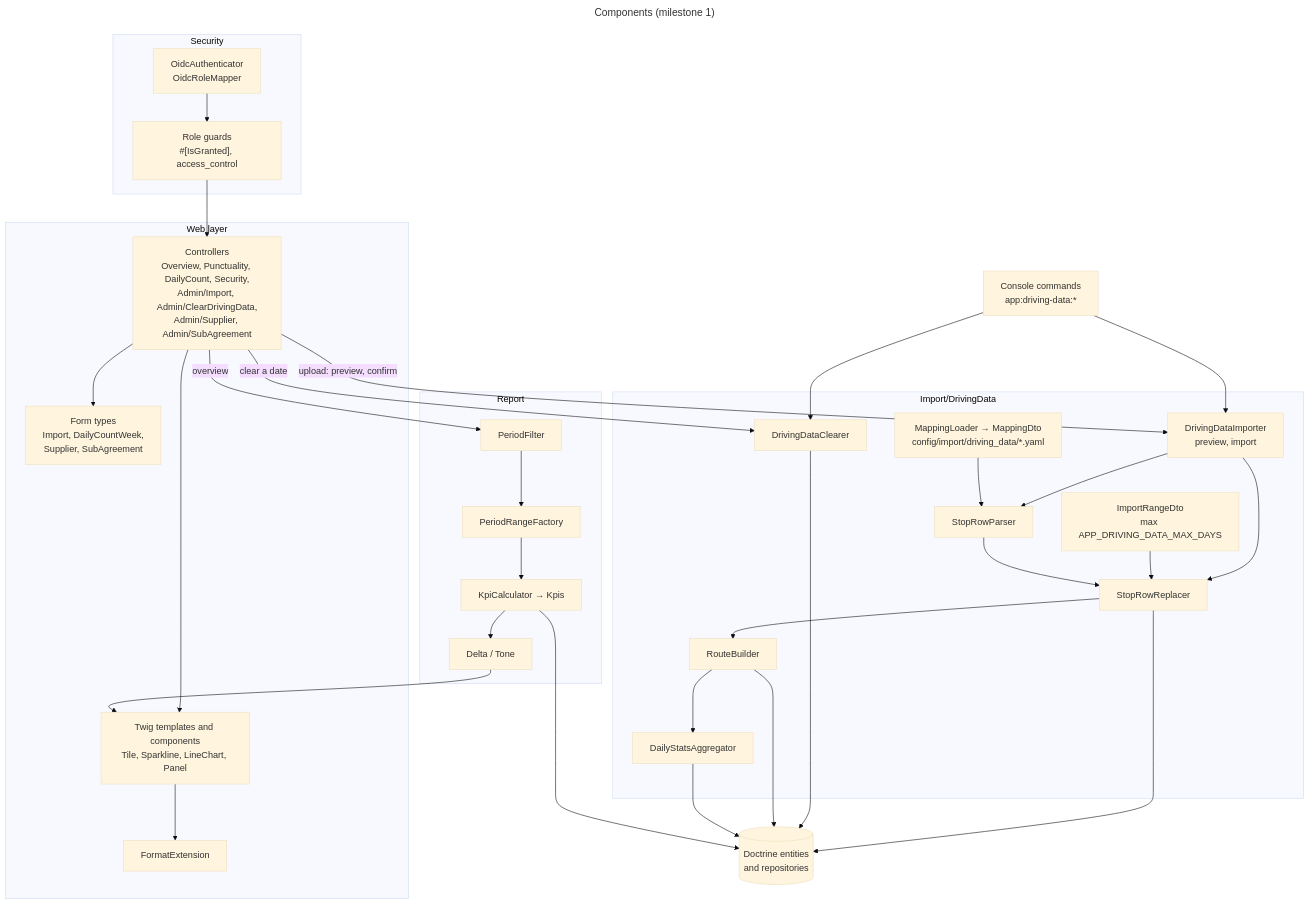
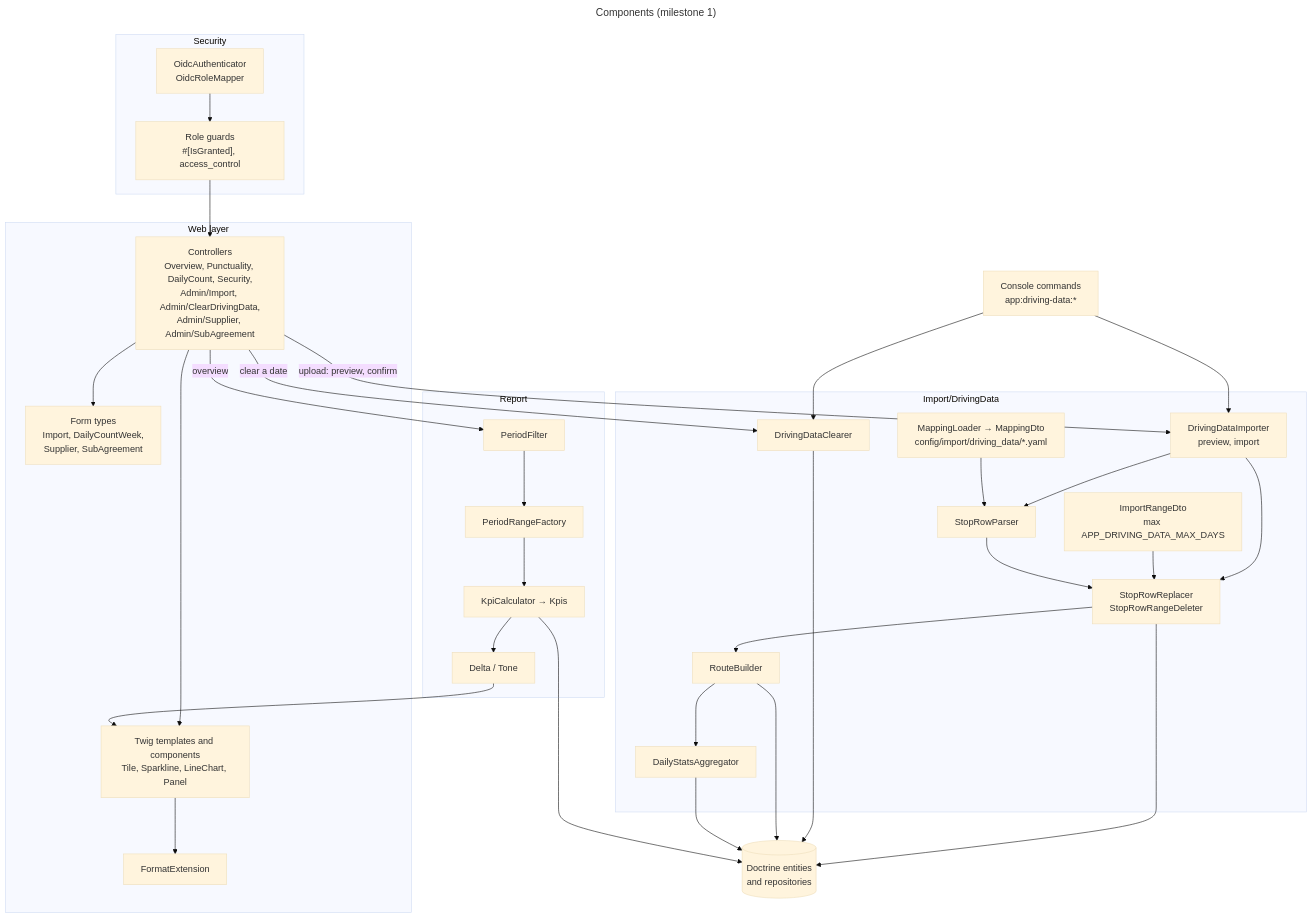
Before and after one commit to itk-dev/koerselsoverblik: the third of 7 diagrams in docs/architecture.md, drawn with Mermaid (base theme). The commit also changed other lines of this file and 19 other files, not shown here.

````diff
--- a/docs/architecture.md
+++ b/docs/architecture.md
@@ -140,62 +140,62 @@
 ```mermaid
 ---
 title: Components (milestone 1)
 ---
 flowchart TB
     subgraph web["Web layer"]
         controllers["Controllers<br/>Overview, Punctuality, DailyCount, Security,<br/>Admin/Import, Admin/ClearDrivingData,<br/>Admin/Supplier, Admin/SubAgreement"]
         forms["Form types<br/>Import, DailyCountWeek,<br/>Supplier, SubAgreement"]
         twig["Twig templates and components<br/>Tile, Sparkline, LineChart, Panel"]
         format["FormatExtension"]
     end
 
     subgraph security["Security"]
         authenticators["OidcAuthenticator<br/>OidcRoleMapper"]
         guards["Role guards<br/>#[IsGranted], access_control"]
     end
 
     subgraph import["Import/DrivingData"]
         mapping["MappingLoader → MappingDto<br/>config/import/driving_data/*.yaml"]
         importrange["ImportRangeDto<br/>max APP_DRIVING_DATA_MAX_DAYS"]
         importer["DrivingDataImporter<br/>preview, import"]
         parser["StopRowParser"]
-        replacer["StopRowReplacer"]
+        replacer["StopRowReplacer<br/>StopRowRangeDeleter"]
         builder["RouteBuilder"]
         aggregator["DailyStatsAggregator"]
         clearer["DrivingDataClearer"]
     end
 
     subgraph report["Report"]
         filter["PeriodFilter"]
         periods["PeriodRangeFactory"]
         kpi["KpiCalculator → Kpis"]
         delta["Delta / Tone"]
     end
 
     commands["Console commands<br/>app:driving-data:*"]
     repositories[("Doctrine entities<br/>and repositories")]
 
     controllers --> forms
     controllers --> twig
     twig --> format
     guards --> controllers
     authenticators --> guards
 
     controllers -- "upload: preview, confirm" --> importer
     commands --> importer
     importer --> parser
     importer --> replacer
     mapping --> parser
     importrange --> replacer
     parser --> replacer --> builder --> aggregator
     replacer --> repositories
     controllers -- "clear a date" --> clearer
     commands --> clearer
     clearer --> repositories
     builder --> repositories
     aggregator --> repositories
 
     controllers -- "overview" --> filter --> periods --> kpi
     kpi --> repositories
     kpi --> delta --> twig
 ```
````
